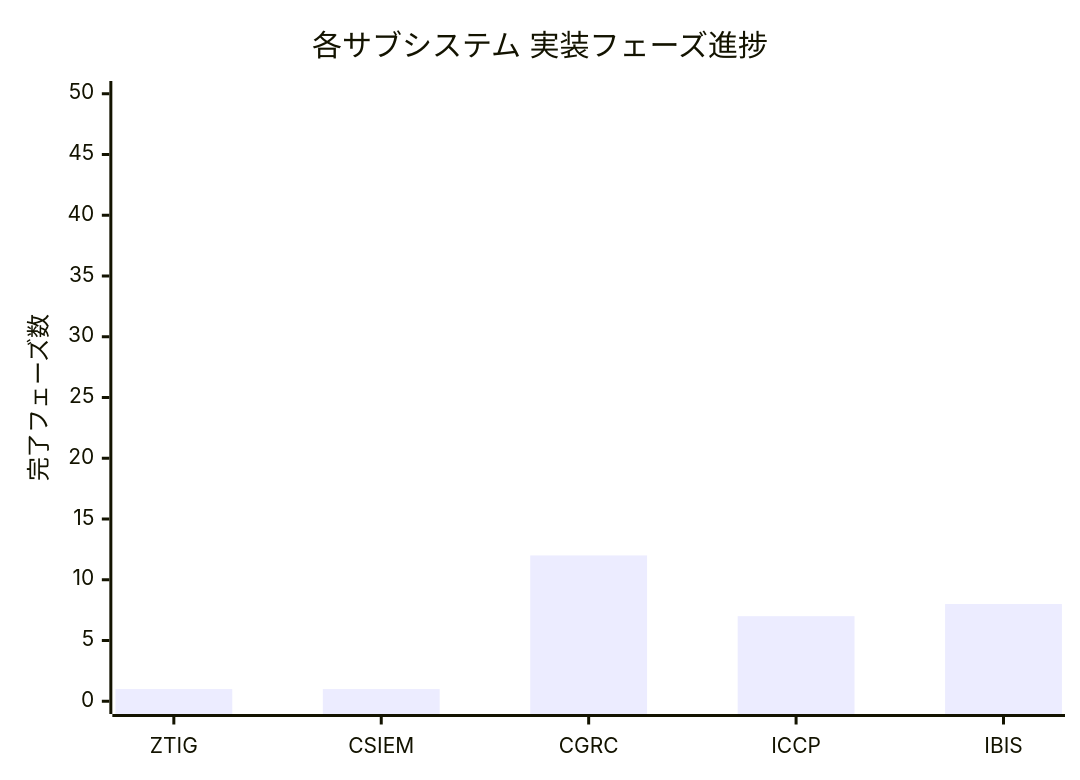
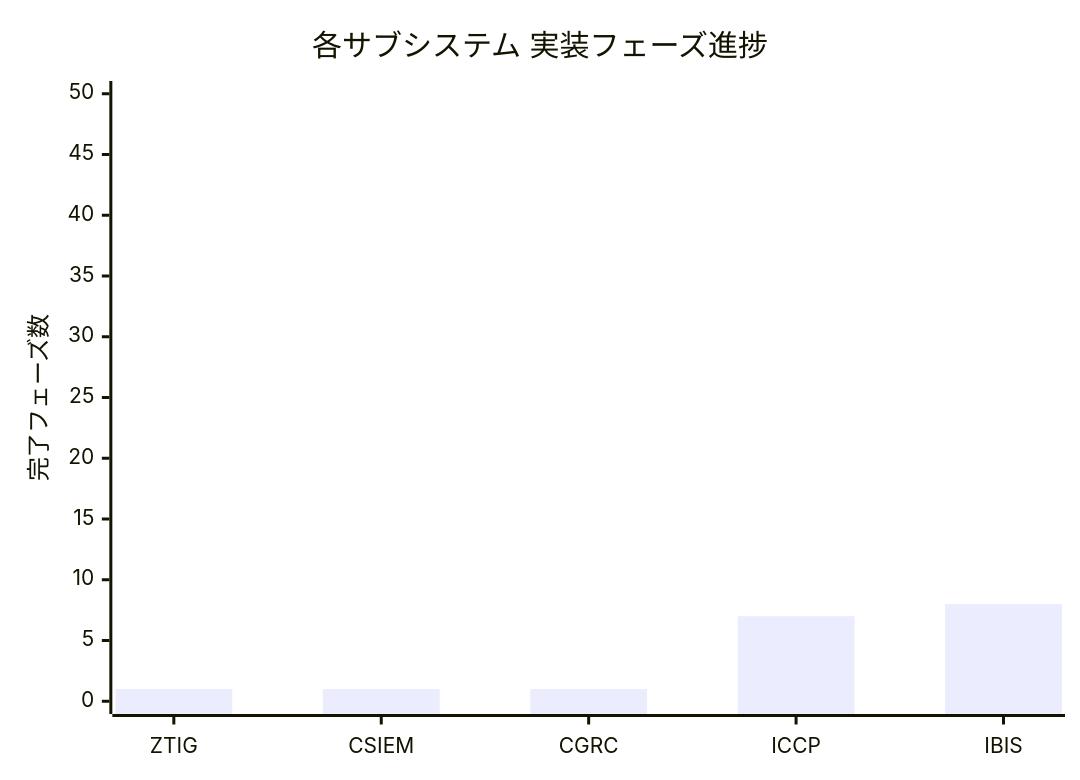
The fifth of 10 diagrams in README.md (Kensan196948G/Construction-DX-One-System), drawn with Mermaid before and after one commit. The commit also changed other lines of this file and 1 other file, not shown here.

````diff
--- a/README.md
+++ b/README.md
@@ -339,7 +339,7 @@
 ```mermaid
 xychart-beta
     title "各サブシステム 実装フェーズ進捗"
     x-axis ["ZTIG", "CSIEM", "CGRC", "ICCP", "IBIS"]
     y-axis "完了フェーズ数" 0 --> 50
-    bar [1, 1, 12, 7, 8]
+    bar [1, 1, 1, 7, 8]
 ```
````
